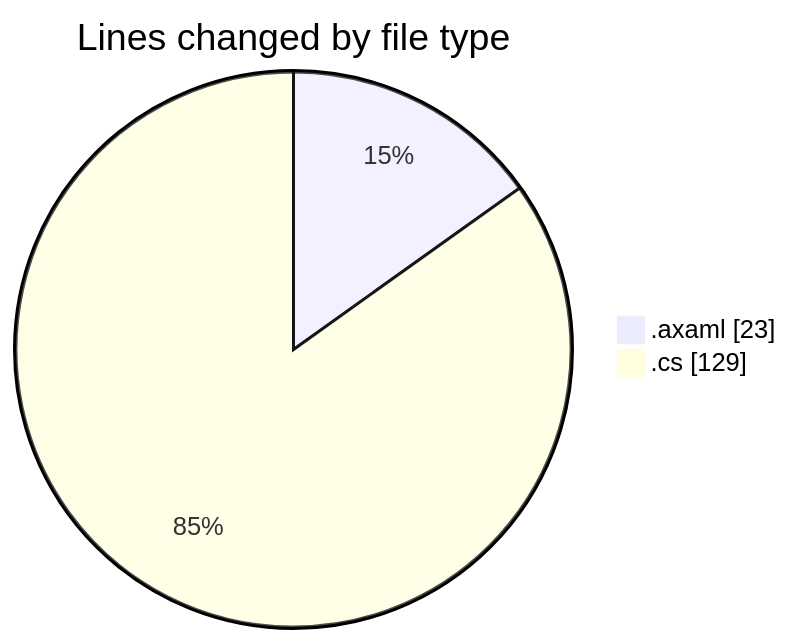
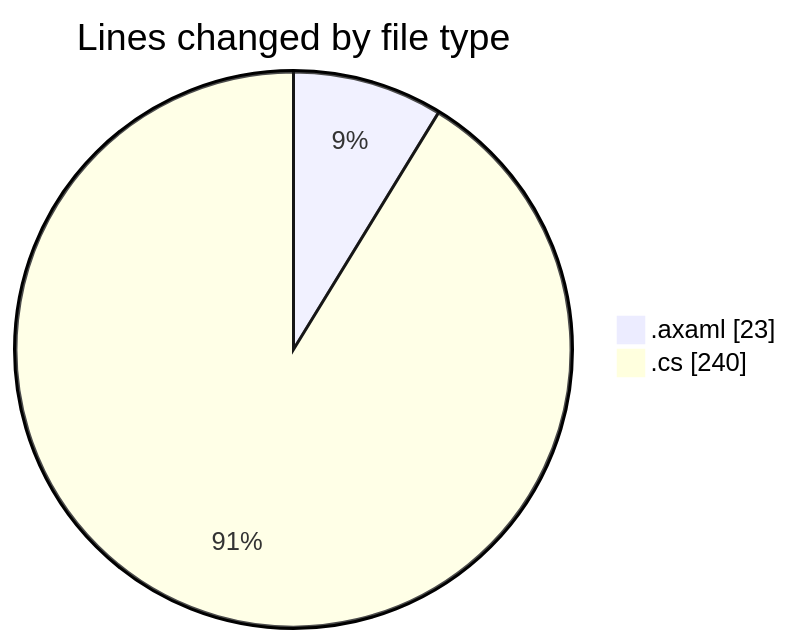
Before and after one commit to Netris89/code-tracking: the first of 2 diagrams in 2025-11-01/skintrack/README.md, drawn with Mermaid. The commit also changed other lines of this file and 1 other file, not shown here.

````diff
--- a/2025-11-01/skintrack/README.md
+++ b/2025-11-01/skintrack/README.md
@@ -22,6 +22,6 @@
 ```mermaid
 pie showData
 title Lines changed by file type
 ".axaml" : 23
-".cs" : 129
+".cs" : 240
 ```
````
